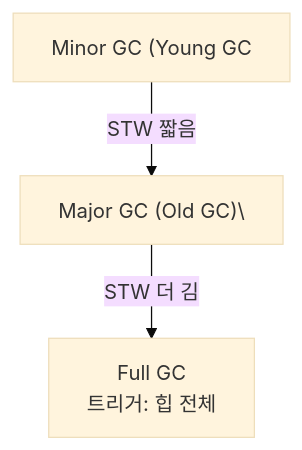
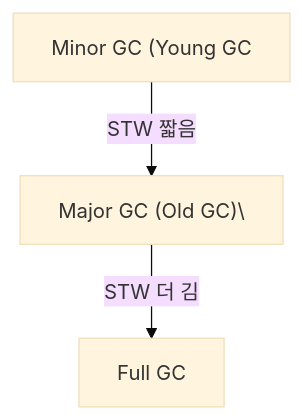
One commit to yjkim2015/yjkim2015.github.io changed the ninth of 29 diagrams in _posts/java/2026-05-01-java-garbage-collector.md. Above: the diagram before and after it, drawn with Mermaid (base theme). The commit also changed other lines of this file and 217 other files, not shown here.

First line of the commit message:
Mermaid 크기 수정: useMaxWidth:true + SVG max-width:100% + 라벨 축소

````diff
--- a/_posts/java/2026-05-01-java-garbage-collector.md
+++ b/_posts/java/2026-05-01-java-garbage-collector.md
@@ -170,8 +170,8 @@
 ```mermaid
 graph TD
     MinorGC["Minor GC (Young GC"]
     MajorGC["Major GC (Old GC)\"]
-    FullGC["Full GC\n트리거: 힙 전체"]
+    FullGC["Full GC"]
     MinorGC -->|"STW 짧음"| MajorGC
     MajorGC -->|"STW 더 김"| FullGC
 ```
````
